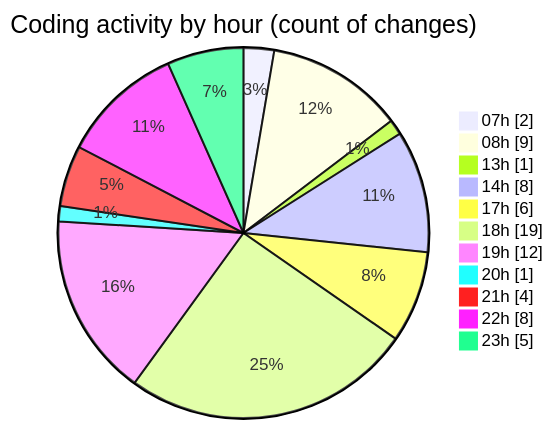
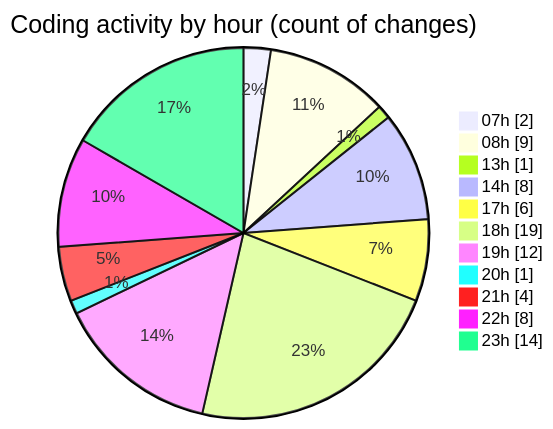
The second of 2 diagrams in 2025-05-14/niten/README.md (Elitesun/code-tracking), drawn with Mermaid before and after one commit. The commit also changed other lines of this file and 1 other file, not shown here.

````diff
--- a/2025-05-14/niten/README.md
+++ b/2025-05-14/niten/README.md
@@ -48,15 +53,15 @@
 ```mermaid
 pie showData
 title Coding activity by hour (count of changes)
 "07h" : 2
 "08h" : 9
 "13h" : 1
 "14h" : 8
 "17h" : 6
 "18h" : 19
 "19h" : 12
 "20h" : 1
 "21h" : 4
 "22h" : 8
-"23h" : 5
+"23h" : 14
 ```
````
